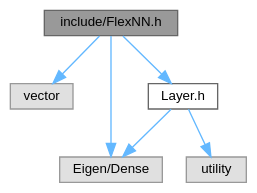
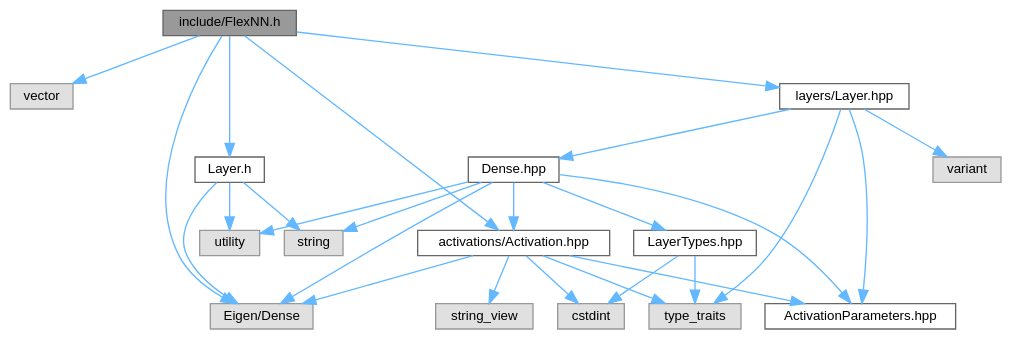
The diagram in FlexNN_8h__incl.dot (Nalin-Angrish/FlexNN), drawn with Graphviz before and after one commit. The commit also changed 85 other files, not shown here.

```diff
--- a/FlexNN_8h__incl.dot
+++ b/FlexNN_8h__incl.dot
@@ -1,17 +1,47 @@
 digraph "include/FlexNN.h"
 {
  // LATEX_PDF_SIZE
   bgcolor="transparent";
   edge [fontname=Helvetica,fontsize=10,labelfontname=Helvetica,labelfontsize=10];
   node [fontname=Helvetica,fontsize=10,shape=box,height=0.2,width=0.4];
-  Node1 [id="Node000001",label="include/FlexNN.h",height=0.2,width=0.4,color="gray40", fillcolor="grey60", style="filled", fontcolor="black",tooltip="Header file for the FlexNN neural network library."];
+  Node1 [id="Node000001",label="include/FlexNN.h",height=0.2,width=0.4,color="gray40", fillcolor="grey60", style="filled", fontcolor="black",tooltip="Header for FlexNN neural network (heterogeneous stack via Layers::Layer)."];
   Node1 -> Node2 [id="edge1_Node000001_Node000002",color="steelblue1",style="solid",tooltip=" "];
   Node2 [id="Node000002",label="vector",height=0.2,width=0.4,color="grey60", fillcolor="#E0E0E0", style="filled",tooltip=" "];
   Node1 -> Node3 [id="edge2_Node000001_Node000003",color="steelblue1",style="solid",tooltip=" "];
   Node3 [id="Node000003",label="Eigen/Dense",height=0.2,width=0.4,color="grey60", fillcolor="#E0E0E0", style="filled",tooltip=" "];
   Node1 -> Node4 [id="edge3_Node000001_Node000004",color="steelblue1",style="solid",tooltip=" "];
-  Node4 [id="Node000004",label="Layer.h",height=0.2,width=0.4,color="grey40", fillcolor="white", style="filled",URL="$Layer_8h.html",tooltip="Header file for the Layer class in the FlexNN neural network library."];
+  Node4 [id="Node000004",label="activations/Activation.hpp",height=0.2,width=0.4,color="grey40", fillcolor="white", style="filled",URL="$Activation_8hpp.html",tooltip="Public activation enum and helpers for FlexNN."];
   Node4 -> Node5 [id="edge4_Node000004_Node000005",color="steelblue1",style="solid",tooltip=" "];
-  Node5 [id="Node000005",label="utility",height=0.2,width=0.4,color="grey60", fillcolor="#E0E0E0", style="filled",tooltip=" "];
-  Node4 -> Node3 [id="edge5_Node000004_Node000003",color="steelblue1",style="solid",tooltip=" "];
+  Node5 [id="Node000005",label="cstdint",height=0.2,width=0.4,color="grey60", fillcolor="#E0E0E0", style="filled",tooltip=" "];
+  Node4 -> Node6 [id="edge5_Node000004_Node000006",color="steelblue1",style="solid",tooltip=" "];
+  Node6 [id="Node000006",label="string_view",height=0.2,width=0.4,color="grey60", fillcolor="#E0E0E0", style="filled",tooltip=" "];
+  Node4 -> Node7 [id="edge6_Node000004_Node000007",color="steelblue1",style="solid",tooltip=" "];
+  Node7 [id="Node000007",label="type_traits",height=0.2,width=0.4,color="grey60", fillcolor="#E0E0E0", style="filled",tooltip=" "];
+  Node4 -> Node3 [id="edge7_Node000004_Node000003",color="steelblue1",style="solid",tooltip=" "];
+  Node4 -> Node8 [id="edge8_Node000004_Node000008",color="steelblue1",style="solid",tooltip=" "];
+  Node8 [id="Node000008",label="ActivationParameters.hpp",height=0.2,width=0.4,color="grey40", fillcolor="white", style="filled",URL="$ActivationParameters_8hpp.html",tooltip="Per-activation hyperparameters for FlexNN::Activations."];
+  Node1 -> Node9 [id="edge9_Node000001_Node000009",color="steelblue1",style="solid",tooltip=" "];
+  Node9 [id="Node000009",label="layers/Layer.hpp",height=0.2,width=0.4,color="grey40", fillcolor="white", style="filled",URL="$Layer_8hpp.html",tooltip="Type-erased wrapper for FlexNN::Layers — heterogeneous stack without inheritance."];
+  Node9 -> Node7 [id="edge10_Node000009_Node000007",color="steelblue1",style="solid",tooltip=" "];
+  Node9 -> Node10 [id="edge11_Node000009_Node000010",color="steelblue1",style="solid",tooltip=" "];
+  Node10 [id="Node000010",label="variant",height=0.2,width=0.4,color="grey60", fillcolor="#E0E0E0", style="filled",tooltip=" "];
+  Node9 -> Node11 [id="edge12_Node000009_Node000011",color="steelblue1",style="solid",tooltip=" "];
+  Node11 [id="Node000011",label="Dense.hpp",height=0.2,width=0.4,color="grey40", fillcolor="white", style="filled",URL="$Dense_8hpp.html",tooltip="Dense (fully-connected) layer for FlexNN::Layers."];
+  Node11 -> Node12 [id="edge13_Node000011_Node000012",color="steelblue1",style="solid",tooltip=" "];
+  Node12 [id="Node000012",label="string",height=0.2,width=0.4,color="grey60", fillcolor="#E0E0E0", style="filled",tooltip=" "];
+  Node11 -> Node13 [id="edge14_Node000011_Node000013",color="steelblue1",style="solid",tooltip=" "];
+  Node13 [id="Node000013",label="utility",height=0.2,width=0.4,color="grey60", fillcolor="#E0E0E0", style="filled",tooltip=" "];
+  Node11 -> Node3 [id="edge15_Node000011_Node000003",color="steelblue1",style="solid",tooltip=" "];
+  Node11 -> Node14 [id="edge16_Node000011_Node000014",color="steelblue1",style="solid",tooltip=" "];
+  Node14 [id="Node000014",label="LayerTypes.hpp",height=0.2,width=0.4,color="grey40", fillcolor="white", style="filled",URL="$LayerTypes_8hpp.html",tooltip="Shared PODs for FlexNN::Layers — LayerType, DType, and per-type Params."];
+  Node14 -> Node5 [id="edge17_Node000014_Node000005",color="steelblue1",style="solid",tooltip=" "];
+  Node14 -> Node7 [id="edge18_Node000014_Node000007",color="steelblue1",style="solid",tooltip=" "];
+  Node11 -> Node4 [id="edge19_Node000011_Node000004",color="steelblue1",style="solid",tooltip=" "];
+  Node11 -> Node8 [id="edge20_Node000011_Node000008",color="steelblue1",style="solid",tooltip=" "];
+  Node9 -> Node8 [id="edge21_Node000009_Node000008",color="steelblue1",style="solid",tooltip=" "];
+  Node1 -> Node15 [id="edge22_Node000001_Node000015",color="steelblue1",style="solid",tooltip=" "];
+  Node15 [id="Node000015",label="Layer.h",height=0.2,width=0.4,color="grey40", fillcolor="white", style="filled",URL="$Layer_8h.html",tooltip="Header file for the Layer class in the FlexNN neural network library."];
+  Node15 -> Node12 [id="edge23_Node000015_Node000012",color="steelblue1",style="solid",tooltip=" "];
+  Node15 -> Node13 [id="edge24_Node000015_Node000013",color="steelblue1",style="solid",tooltip=" "];
+  Node15 -> Node3 [id="edge25_Node000015_Node000003",color="steelblue1",style="solid",tooltip=" "];
 }
```
